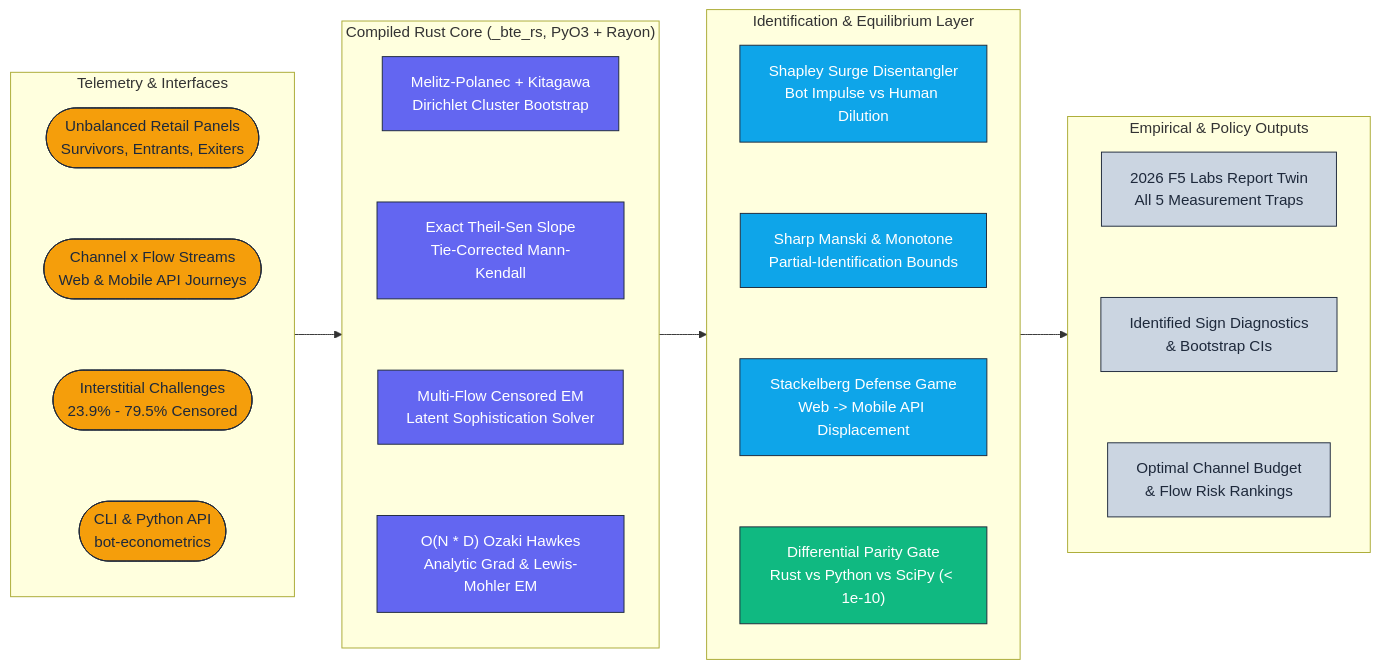
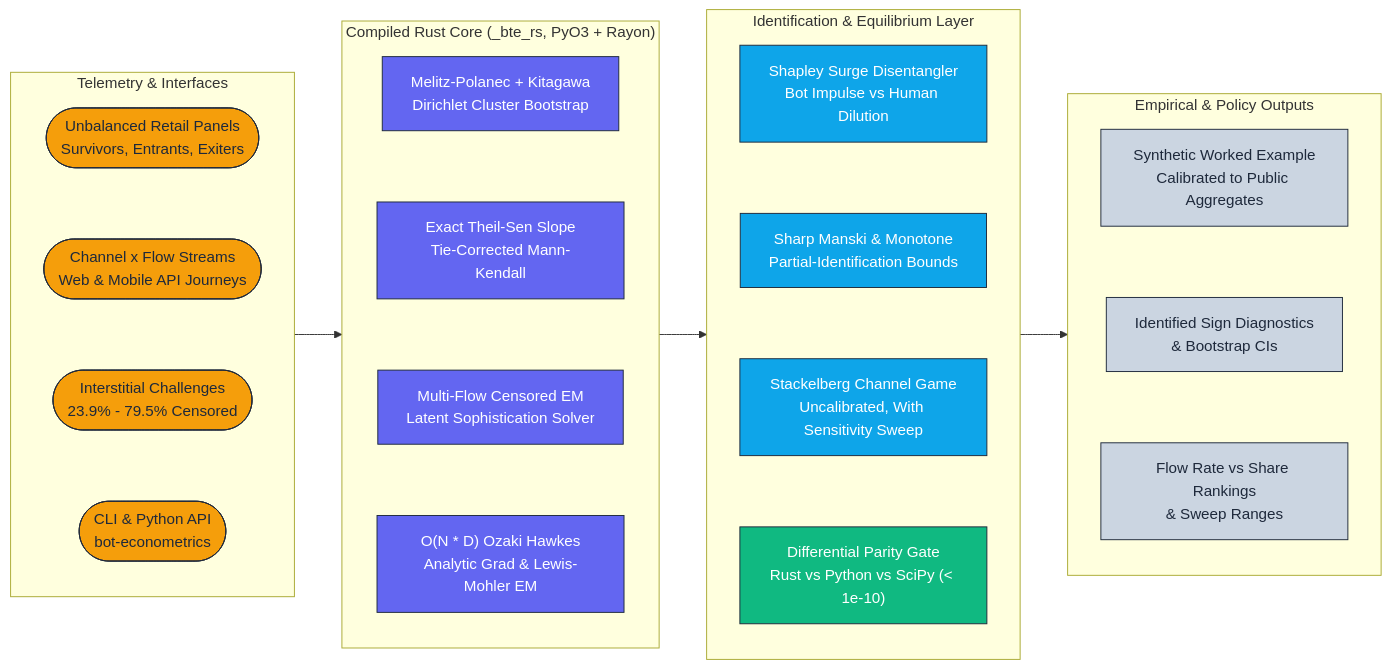
Before and after one commit to adeoluo/bot-traffic-econometrics: the diagram in docs/architecture/architecture.mmd, drawn with Mermaid. The commit also changed 13 other files, not shown here.

First line of the commit message:
docs: say what the example is, and stop quoting the channel game's outputs

```diff
--- a/docs/architecture/architecture.mmd
+++ b/docs/architecture/architecture.mmd
@@ -1,45 +1,45 @@
 flowchart LR
     classDef edge     fill:#F59E0B,stroke:#1E293B,color:#1E293B,stroke-width:1px;
     classDef core     fill:#6366F1,stroke:#1E293B,color:#ffffff,stroke-width:1px;
     classDef data     fill:#10B981,stroke:#1E293B,color:#ffffff,stroke-width:1px;
     classDef control  fill:#0EA5E9,stroke:#1E293B,color:#ffffff,stroke-width:1px;
     classDef obs      fill:#CBD5E1,stroke:#1E293B,color:#1E293B,stroke-width:1px;
 
     subgraph Telemetry["Telemetry & Interfaces"]
         direction TB
         Panels(["Unbalanced Retail Panels<br/>Survivors, Entrants, Exiters"]):::edge
         Flows(["Channel x Flow Streams<br/>Web & Mobile API Journeys"]):::edge
         Challenges(["Interstitial Challenges<br/>23.9% - 79.5% Censored"]):::edge
         CLI(["CLI & Python API<br/>bot-econometrics"]):::edge
         Panels ~~~ Flows ~~~ Challenges ~~~ CLI
     end
 
     subgraph RustCore["Compiled Rust Core (_bte_rs, PyO3 + Rayon)"]
         direction TB
         ShiftShare["Melitz-Polanec + Kitagawa<br/>Dirichlet Cluster Bootstrap"]:::core
         Trend["Exact Theil-Sen Slope<br/>Tie-Corrected Mann-Kendall"]:::core
         CensorEM["Multi-Flow Censored EM<br/>Latent Sophistication Solver"]:::core
         Hawkes["O(N * D) Ozaki Hawkes<br/>Analytic Grad & Lewis-Mohler EM"]:::core
         ShiftShare ~~~ Trend ~~~ CensorEM ~~~ Hawkes
     end
 
     subgraph Identification["Identification & Equilibrium Layer"]
         direction TB
         Shapley["Shapley Surge Disentangler<br/>Bot Impulse vs Human Dilution"]:::control
         Manski["Sharp Manski & Monotone<br/>Partial-Identification Bounds"]:::control
-        Stackelberg["Stackelberg Defense Game<br/>Web -> Mobile API Displacement"]:::control
+        Stackelberg["Stackelberg Channel Game<br/>Uncalibrated, With Sensitivity Sweep"]:::control
         Parity["Differential Parity Gate<br/>Rust vs Python vs SciPy (< 1e-10)"]:::data
         Shapley ~~~ Manski ~~~ Stackelberg ~~~ Parity
     end
 
     subgraph Outputs["Empirical & Policy Outputs"]
         direction TB
-        F5Twin["2026 F5 Labs Report Twin<br/>All 5 Measurement Traps"]:::obs
+        Example["Synthetic Worked Example<br/>Calibrated to Public Aggregates"]:::obs
         BoundsOut["Identified Sign Diagnostics<br/>& Bootstrap CIs"]:::obs
-        DefenseAlloc["Optimal Channel Budget<br/>& Flow Risk Rankings"]:::obs
-        F5Twin ~~~ BoundsOut ~~~ DefenseAlloc
+        DefenseAlloc["Flow Rate vs Share Rankings<br/>& Sweep Ranges"]:::obs
+        Example ~~~ BoundsOut ~~~ DefenseAlloc
     end
 
     Telemetry --> RustCore
     RustCore --> Identification
     Identification --> Outputs
```
